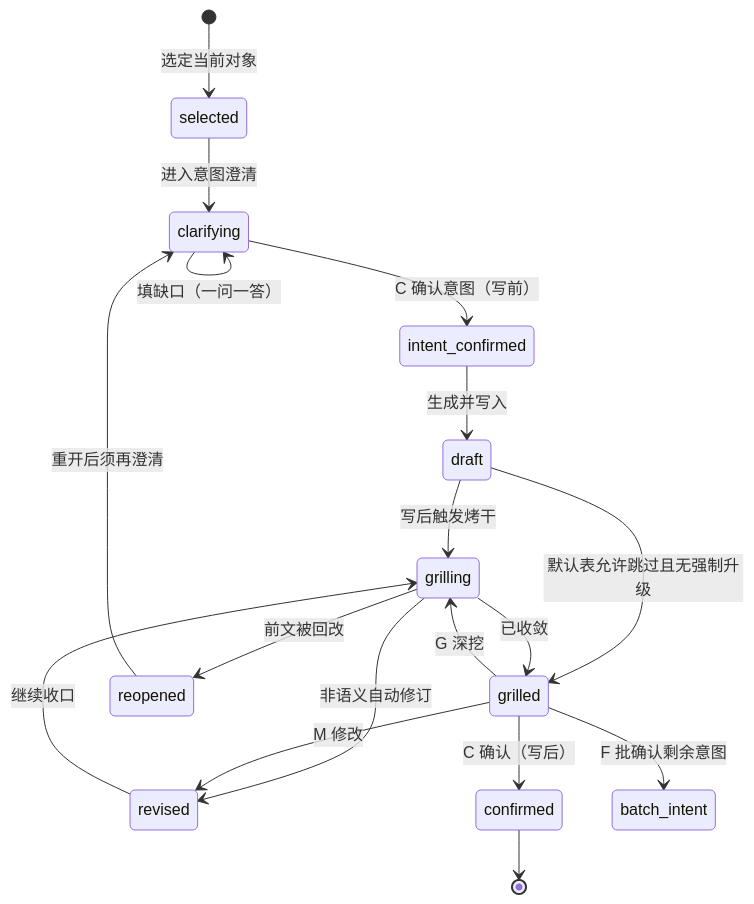
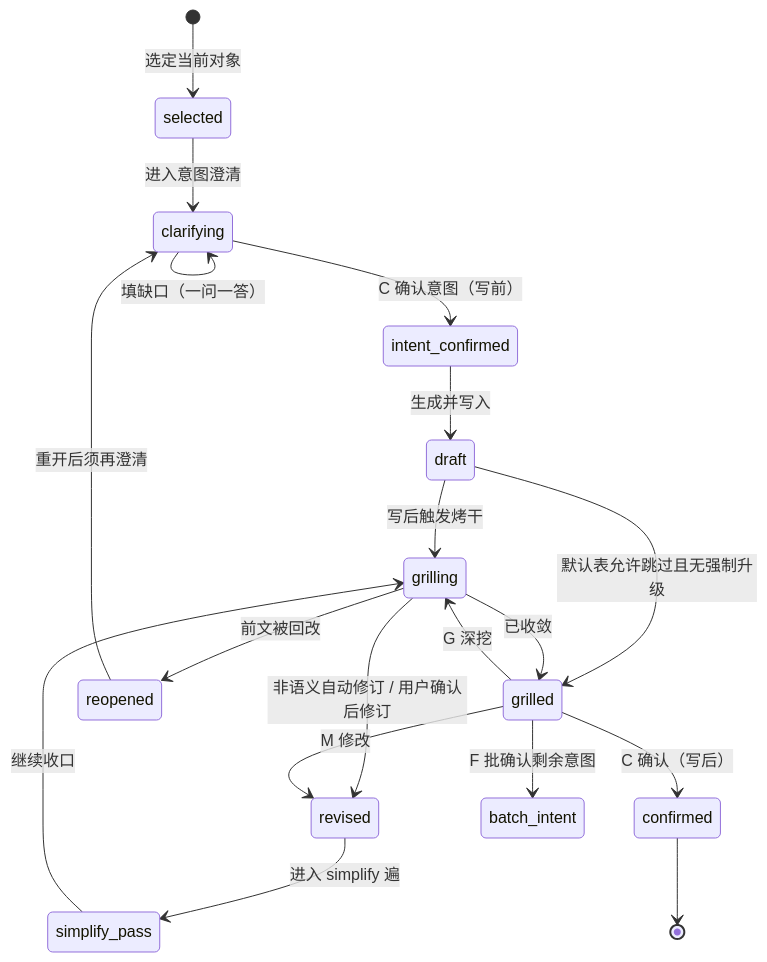
Before and after one commit to oleewen/ai-knowledge: the second of 2 diagrams in agent/references/unit-cycle-protocol.md, drawn with Mermaid. The commit also changed other lines of this file and 41 other files, not shown here.

````diff
--- a/agent/references/unit-cycle-protocol.md
+++ b/agent/references/unit-cycle-protocol.md
@@ -55,20 +56,21 @@
 ```mermaid
 stateDiagram-v2
     [*] --> selected: 选定当前对象
     selected --> clarifying: 进入意图澄清
     clarifying --> clarifying: 填缺口（一问一答）
     clarifying --> intent_confirmed: C 确认意图（写前）
     intent_confirmed --> draft: 生成并写入
     draft --> grilling: 写后触发烤干
     draft --> grilled: 默认表允许跳过且无强制升级
-    grilling --> revised: 非语义自动修订
-    revised --> grilling: 继续收口
+    grilling --> revised: 非语义自动修订 / 用户确认后修订
+    revised --> simplify_pass: 进入 simplify 遍
+    simplify_pass --> grilling: 继续收口
     grilling --> reopened: 前文被回改
     reopened --> clarifying: 重开后须再澄清
     grilling --> grilled: 已收敛
     grilled --> confirmed: C 确认（写后）
     grilled --> revised: M 修改
     grilled --> grilling: G 深挖
     grilled --> batch_intent: F 批确认剩余意图
     confirmed --> [*]
 ```
````
